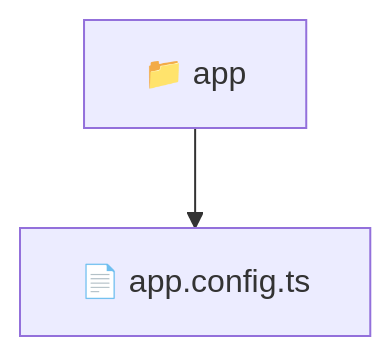
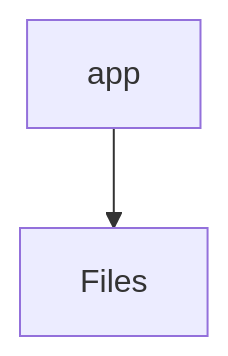
Before and after one commit to beginwebdev2002/fullstack-mavluda: the diagram in frontend/src/app/README.md, drawn with Mermaid. The commit also changed other lines of this file and 163 other files, not shown here.

First line of the commit message:
feat: autogenerate localized directory readmes for architectural transparency

````diff
--- a/frontend/src/app/README.md
+++ b/frontend/src/app/README.md
@@ -11,5 +12,4 @@
 ```mermaid
 graph TD
-  Root["📁 app"]
-  Root --> app_config_ts["📄 app.config.ts"]
+    app[app] --> Files
 ```
````
